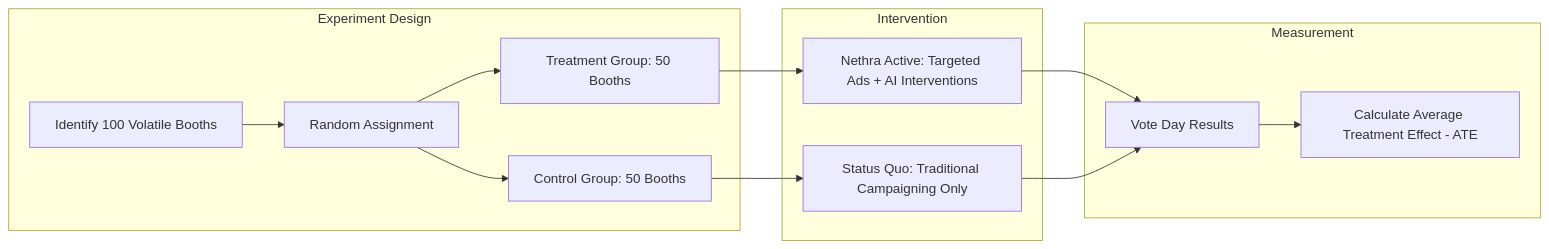
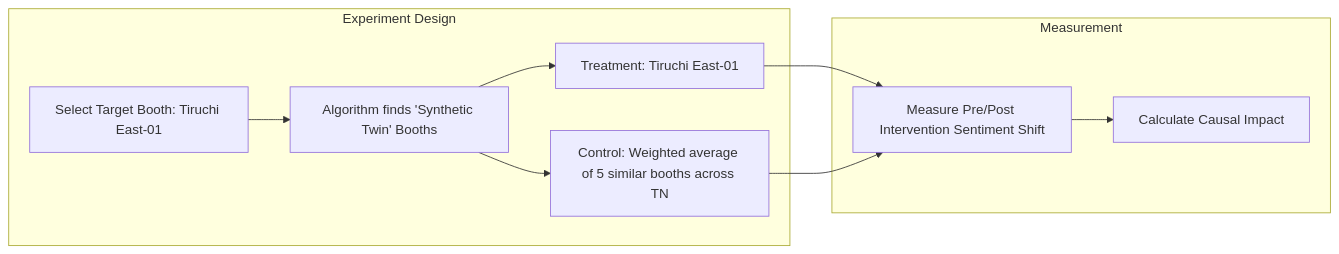
The diagram in nethra/docs/mathematical_model.md (pramodcbabu/debaz), drawn with Mermaid before and after one commit. The commit also changed other lines of this file and 4 other files, not shown here.

````diff
--- a/nethra/docs/mathematical_model.md
+++ b/nethra/docs/mathematical_model.md
@@ -39,20 +24,15 @@
 ```mermaid
 graph LR
     subgraph Experiment Design
-        A[Identify 100 Volatile Booths]
-        A --> B[Random Assignment]
-        B --> C[Treatment Group: 50 Booths]
-        B --> D[Control Group: 50 Booths]
-    end
-    
-    subgraph Intervention
-        C --> E[Nethra Active: Targeted Ads + AI Interventions]
-        D --> F[Status Quo: Traditional Campaigning Only]
+        A[Select Target Booth: Tiruchi East-01]
+        A --> B[Algorithm finds 'Synthetic Twin' Booths]
+        B --> C[Treatment: Tiruchi East-01]
+        B --> D[Control: Weighted average of 5 similar booths across TN]
     end
     
     subgraph Measurement
-        E --> G[Vote Day Results]
-        F --> G
-        G --> H[Calculate Average Treatment Effect - ATE]
+        C --> E[Measure Pre/Post Intervention Sentiment Shift]
+        D --> E
+        E --> F[Calculate Causal Impact]
     end
 ```
````
